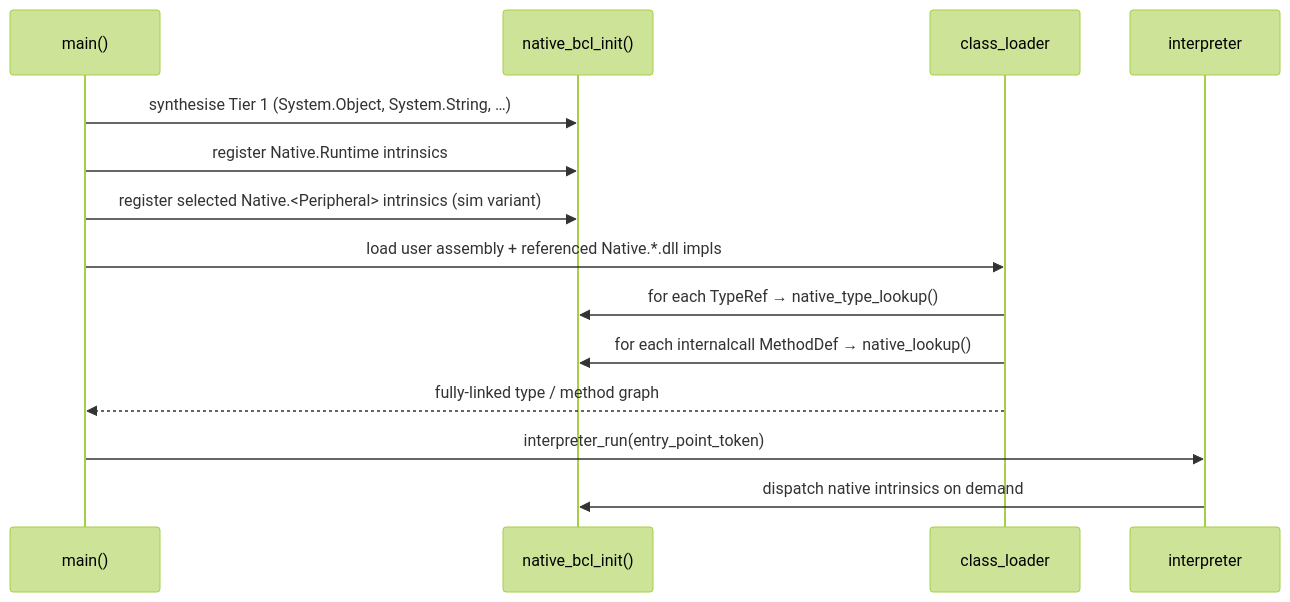
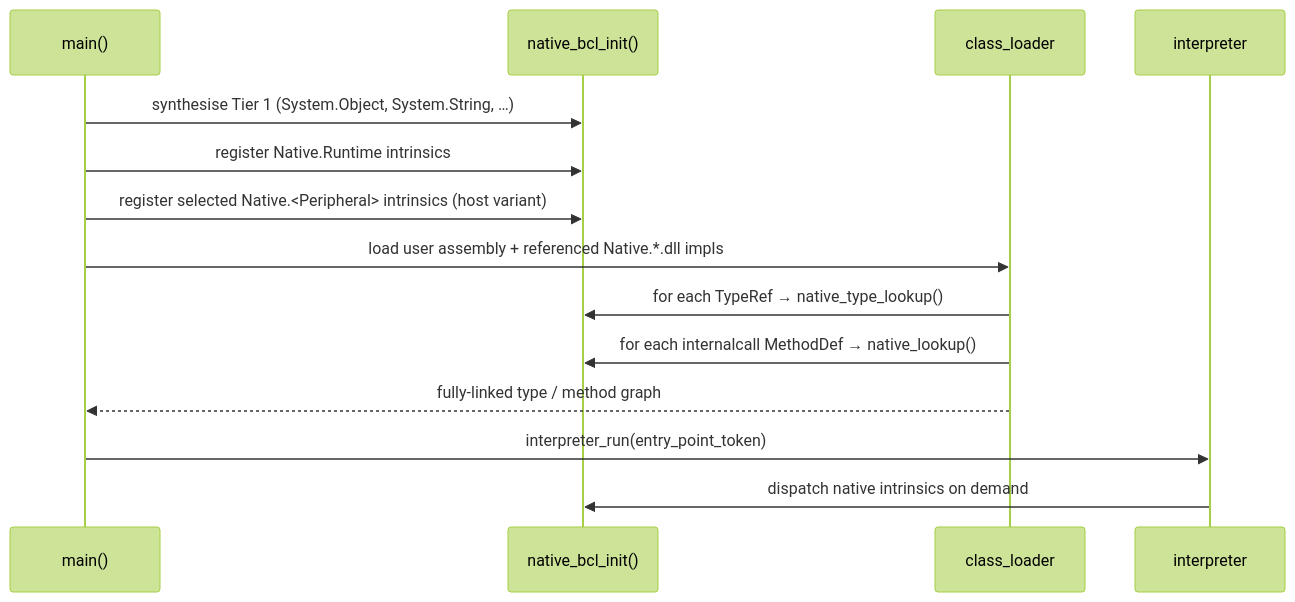
The fourth of 4 diagrams in doc/00_Introduction.md (keroblabs/il_executor_vm), drawn with Mermaid (forest theme) before and after one commit. The commit also changed other lines of this file and 9 other files, not shown here.

````diff
--- a/doc/00_Introduction.md
+++ b/doc/00_Introduction.md
@@ -665,17 +873,17 @@
 ```mermaid
 sequenceDiagram
     participant M as main()
     participant N as native_bcl_init()
     participant CL as class_loader
     participant I as interpreter
 
     M->>N: synthesise Tier 1 (System.Object, System.String, …)
     M->>N: register Native.Runtime intrinsics
-    M->>N: register selected Native.<Peripheral> intrinsics (sim variant)
+    M->>N: register selected Native.<Peripheral> intrinsics (host variant)
     M->>CL: load user assembly + referenced Native.*.dll impls
     CL->>N: for each TypeRef → native_type_lookup()
     CL->>N: for each internalcall MethodDef → native_lookup()
     CL-->>M: fully-linked type / method graph
     M->>I: interpreter_run(entry_point_token)
     I->>N: dispatch native intrinsics on demand
 ```
````
